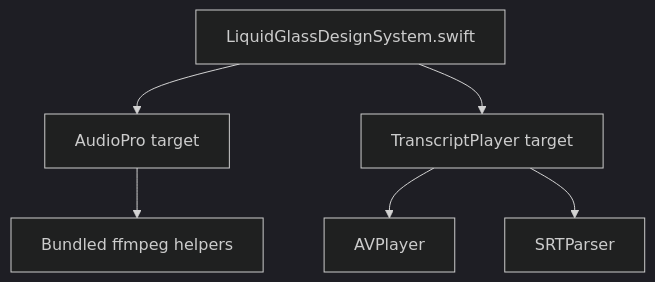
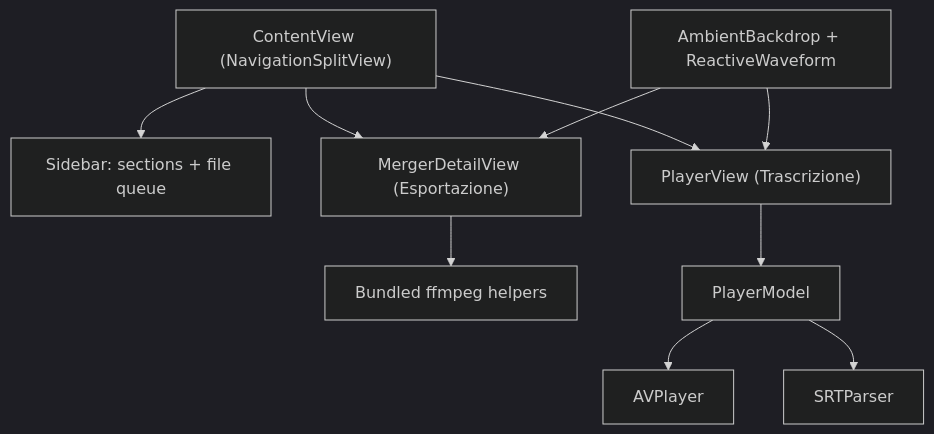
The diagram in README.md (CometaSensitiva/AudioPro), drawn with Mermaid (dark theme) before and after one commit. The commit also changed other lines of this file and 5 other files, not shown here.

````diff
--- a/README.md
+++ b/README.md
@@ -53,8 +54,12 @@
 ```mermaid
 flowchart TD
-    Design["LiquidGlassDesignSystem.swift"] --> AudioProTarget["AudioPro target"]
-    Design --> TranscriptTarget["TranscriptPlayer target"]
-    AudioProTarget --> FFmpeg["Bundled ffmpeg helpers"]
-    TranscriptTarget --> AVPlayer["AVPlayer"]
-    TranscriptTarget --> SRT["SRTParser"]
+    CV["ContentView (NavigationSplitView)"] --> Sidebar["Sidebar: sections + file queue"]
+    CV --> Merger["MergerDetailView (Esportazione)"]
+    CV --> Player["PlayerView (Trascrizione)"]
+    Merger --> FFmpeg["Bundled ffmpeg helpers"]
+    Player --> PM["PlayerModel"]
+    PM --> AVPlayer["AVPlayer"]
+    PM --> SRT["SRTParser"]
+    Backdrop["AmbientBackdrop + ReactiveWaveform"] --> Merger
+    Backdrop --> Player
 ```
````
